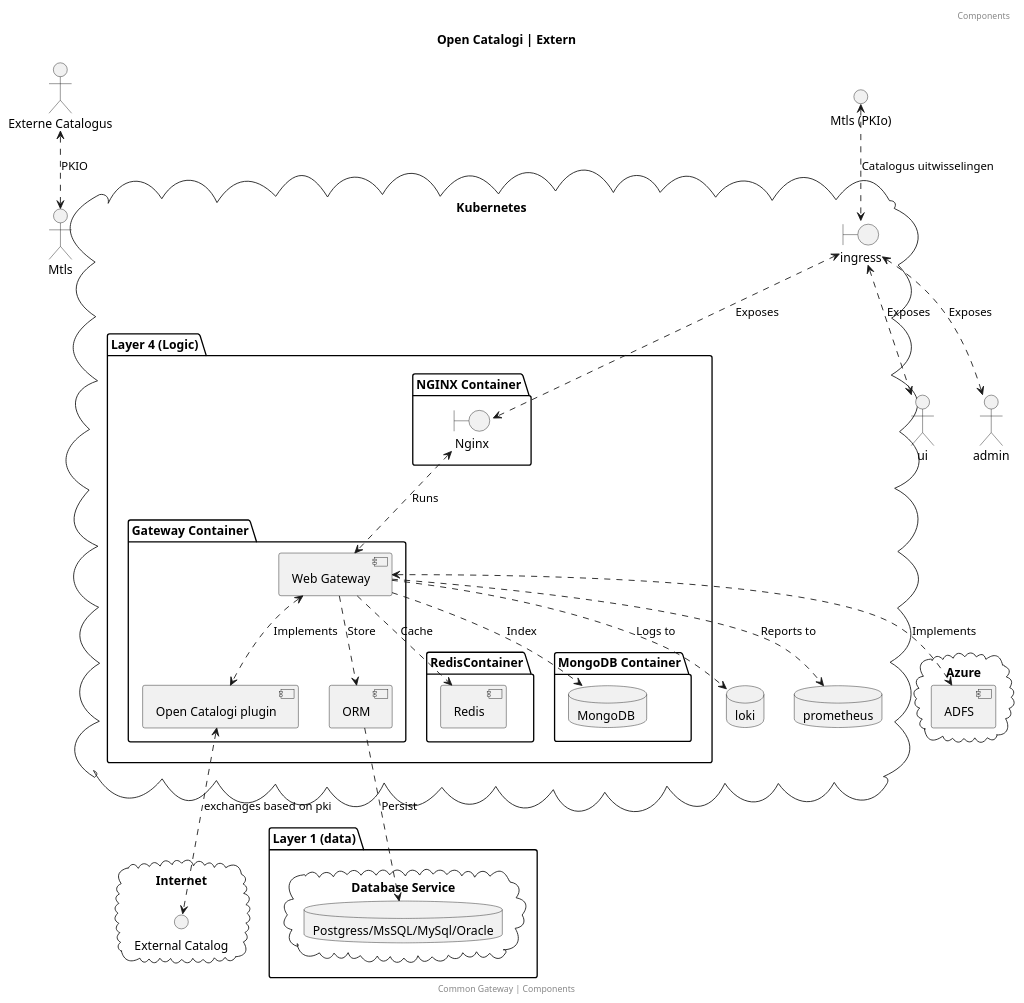
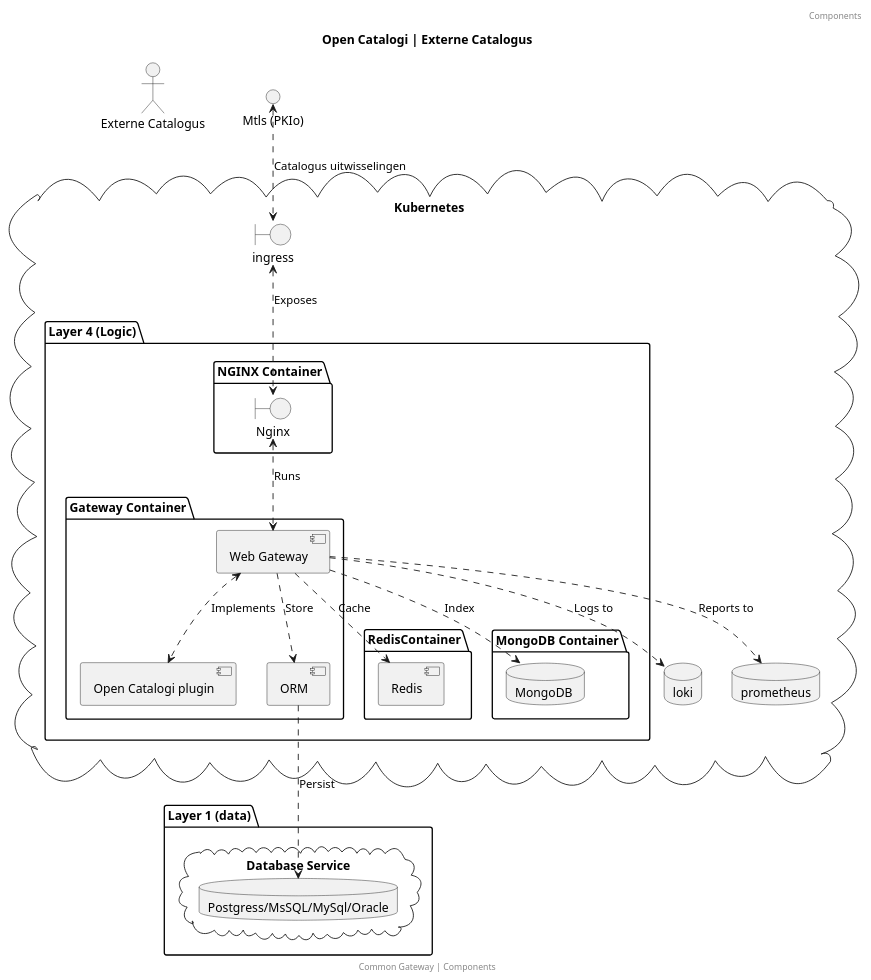
The diagram in docs/oc_extern.puml (OpenCatalogi/OpenCatalogiBundle), drawn with PlantUML before and after one commit. The commit also changed 2 other files, not shown here.

```diff
--- a/docs/oc_extern.puml
+++ b/docs/oc_extern.puml
@@ -1,71 +1,59 @@
 @startuml
-title: Open Catalogi | Extern
+title: Open Catalogi | Externe Catalogus
 footer: Common Gateway | Components
 header: Components
 
 actor "Externe Catalogus" as externalCatalouge
 interface "Mtls (PKIo)" as hipp
 
-cloud "Azure"{
- [ADFS]  as identity
-}
 
-cloud "Internet"{
-interface "External Catalog" as externalCatalog
-}
 
 
 cloud "Kubernetes"{
 
 boundary "ingress" as ingress
 database loki
 database prometheus
 
 
 
 package "Layer 4 (Logic)" {
 package "NGINX Container" {
  boundary "Nginx" as Nginx
 }
 
 package "Gateway Container" {
  [Open Catalogi plugin] as Plugins
  [Web Gateway] as Gateway
  [ORM] as ORM
 }
 
 package "RedisContainer" {
  [Redis] as Redis
 }
 
 
 package "MongoDB Container" {
  database  "MongoDB " as MognoDB
 }
 }
 
 }
 
 package "Layer 1 (data)" {
 cloud "Database Service"{
  database  "Postgress/MsSQL/MySql/Oracle" as db
 }
 }
 
-externalCatalouge <..> Mtls: PKIO
 hipp <..> ingress: Catalogus uitwisselingen
-
-ingress <..> ui: Exposes
-ingress <..> admin: Exposes
 ingress <..> Nginx: Exposes
 Nginx  <..> Gateway: Runs
 Gateway <..> Plugins: Implements
-Gateway <..> identity: Implements
 Gateway ..> loki: Logs to
 Gateway ..> prometheus: Reports to
-Plugins <..> externalCatalog: exchanges based on pki
 Gateway ..> MognoDB: Index
 Gateway ..> Redis: Cache
 Gateway ..> ORM: Store
 ORM  ..> db: Persist
 @enduml
```
